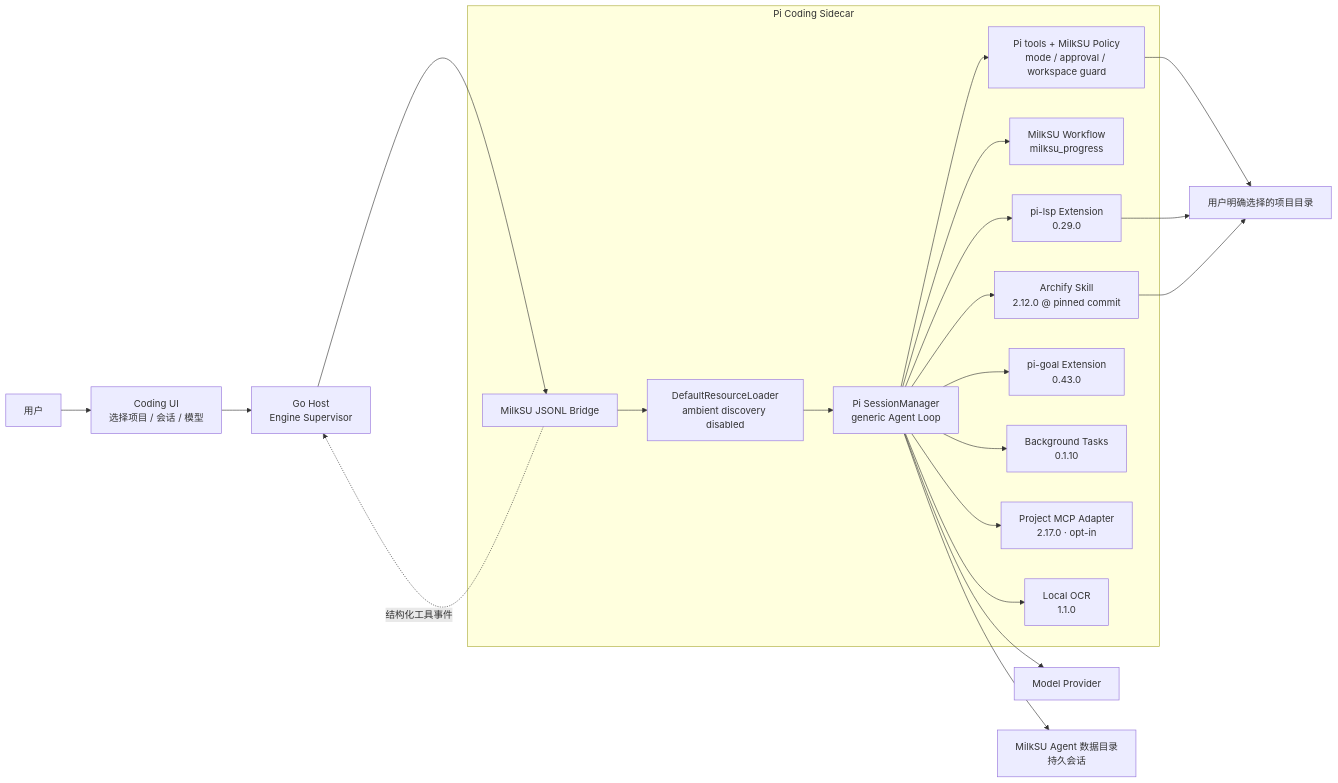
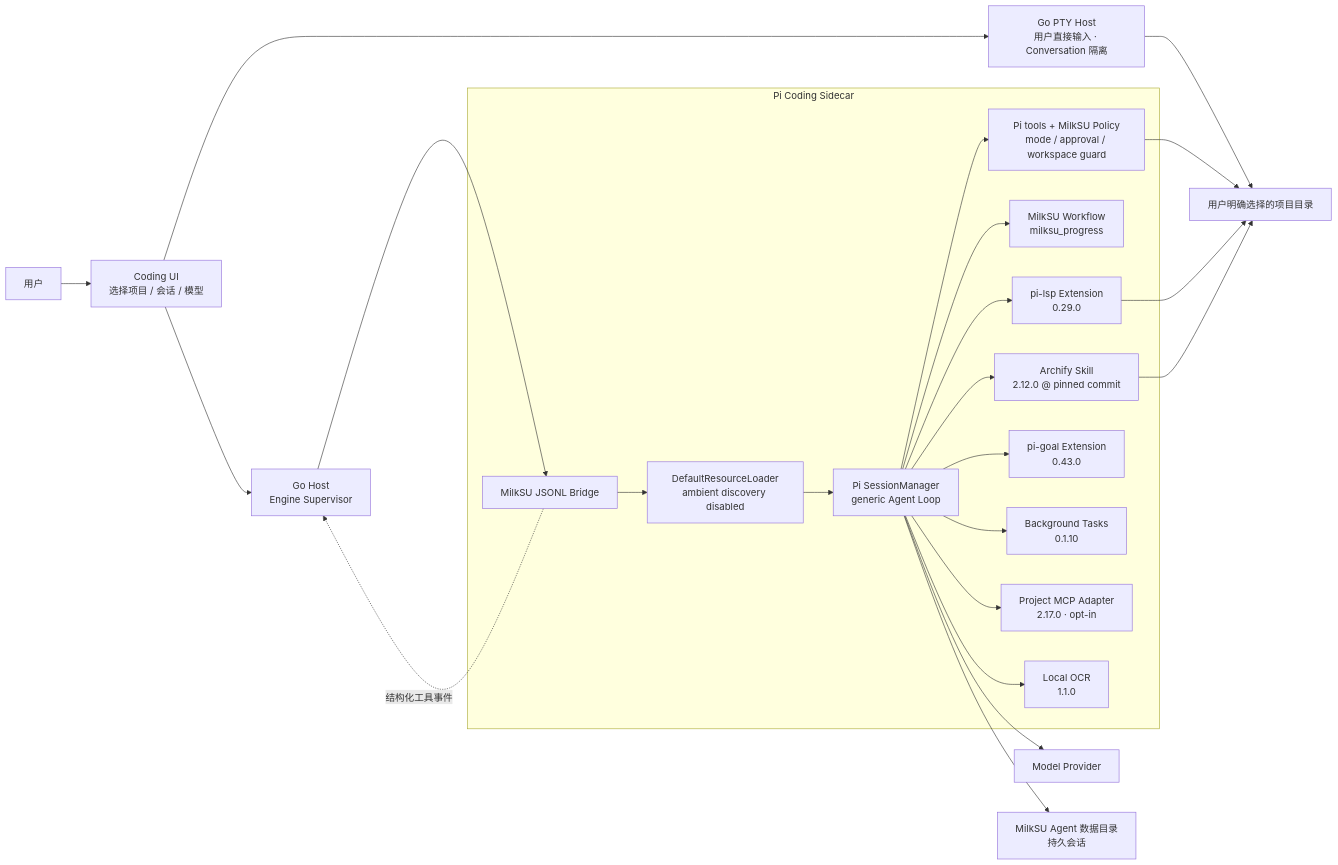
One commit to MilkSU-Official/milksu changed the first of 3 diagrams in docs/architecture/coding-agent-pi-extension-boundary.md. Above: the diagram before and after it, drawn with Mermaid. The commit also changed other lines of this file and 21 other files, not shown here.

````diff
--- a/docs/architecture/coding-agent-pi-extension-boundary.md
+++ b/docs/architecture/coding-agent-pi-extension-boundary.md
@@ -12,41 +12,43 @@
 ```mermaid
 flowchart LR
     user["用户"]
     vue["Coding UI<br/>选择项目 / 会话 / 模型"]
     host["Go Host<br/>Engine Supervisor"]
+    pty["Go PTY Host<br/>用户直接输入 · Conversation 隔离"]
 
     subgraph sidecar["Pi Coding Sidecar"]
         bridge["MilkSU JSONL Bridge"]
         loader["DefaultResourceLoader<br/>ambient discovery disabled"]
         session["Pi SessionManager<br/>generic Agent Loop"]
         coreTools["Pi tools + MilkSU Policy<br/>mode / approval / workspace guard"]
         workflow["MilkSU Workflow<br/>milksu_progress"]
         archify["Archify Skill<br/>2.12.0 @ pinned commit"]
         lsp["pi-lsp Extension<br/>0.29.0"]
         goal["pi-goal Extension<br/>0.43.0"]
         background["Background Tasks<br/>0.1.10"]
         mcp["Project MCP Adapter<br/>2.17.0 · opt-in"]
         ocr["Local OCR<br/>1.1.0"]
     end
 
     provider["Model Provider"]
     project["用户明确选择的项目目录"]
     agentData["MilkSU Agent 数据目录<br/>持久会话"]
 
     user --> vue --> host --> bridge
+    vue --> pty --> project
     bridge --> loader --> session
     session --> coreTools
     session --> workflow
     session --> archify
     session --> lsp
     session --> goal
     session --> background
     session --> mcp
     session --> ocr
     session --> provider
     coreTools --> project
     lsp --> project
     archify --> project
     session --> agentData
     bridge -. "结构化工具事件" .-> host
 ```
````
